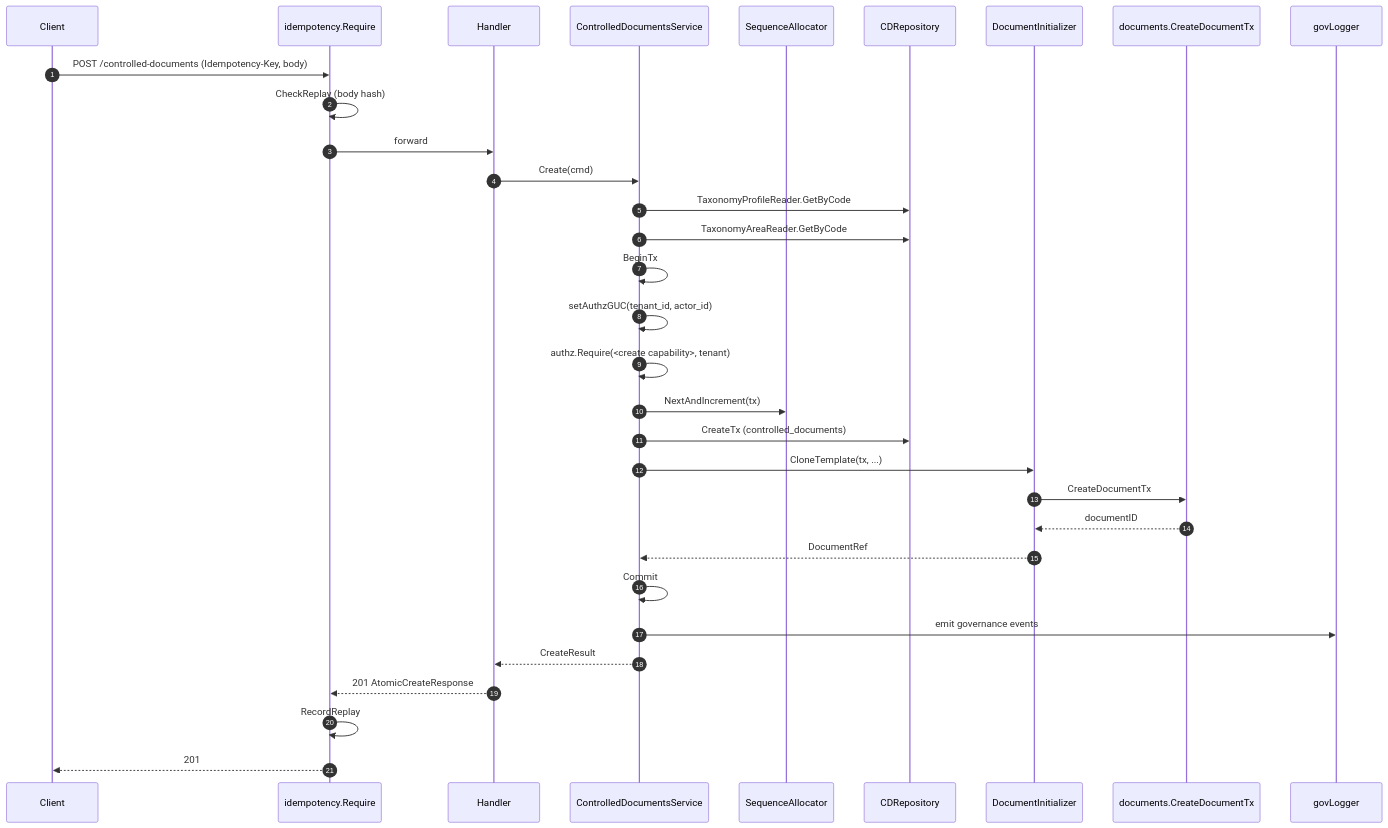
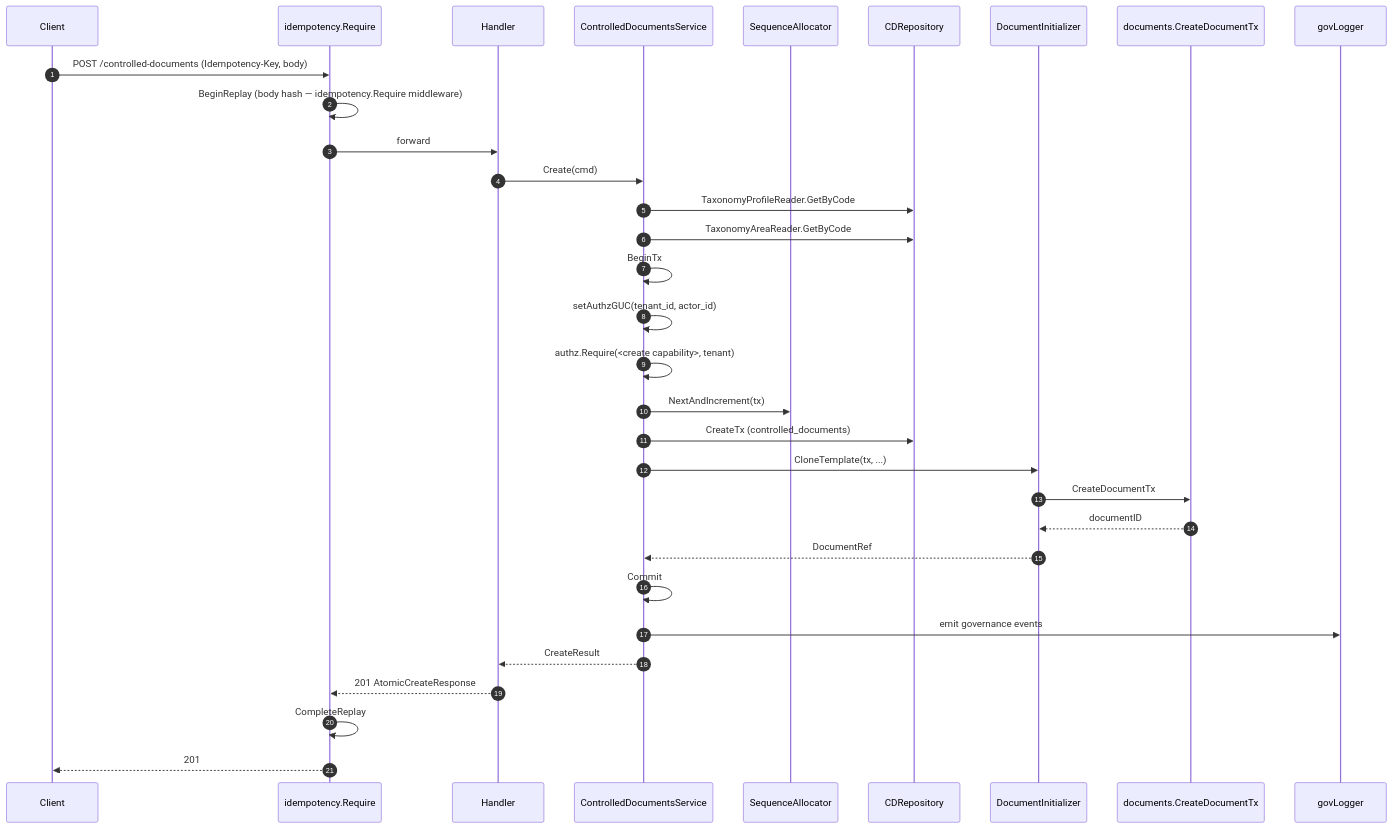
The third of 5 diagrams in wiki/modules/controlled-documents.md (developmentconexus-ops/MetalDocs), drawn with Mermaid before and after one commit. The commit also changed other lines of this file and 24 other files, not shown here.

````diff
--- a/wiki/modules/controlled-documents.md
+++ b/wiki/modules/controlled-documents.md
@@ -206,34 +206,34 @@
 ```mermaid
 sequenceDiagram
     autonumber
     participant C as Client
     participant Idem as idempotency.Require
     participant H as Handler
     participant S as ControlledDocumentsService
     participant Seq as SequenceAllocator
     participant Repo as CDRepository
     participant Init as DocumentInitializer
     participant DocRepo as documents.CreateDocumentTx
     participant Log as govLogger
     C->>Idem: POST /controlled-documents (Idempotency-Key, body)
-    Idem->>Idem: CheckReplay (body hash)
+    Idem->>Idem: BeginReplay (body hash — idempotency.Require middleware)
     Idem->>H: forward
     H->>S: Create(cmd)
     S->>Repo: TaxonomyProfileReader.GetByCode
     S->>Repo: TaxonomyAreaReader.GetByCode
     S->>S: BeginTx
     S->>S: setAuthzGUC(tenant_id, actor_id)
     S->>S: authz.Require(<create capability>, tenant)
     S->>Seq: NextAndIncrement(tx)
     S->>Repo: CreateTx (controlled_documents)
     S->>Init: CloneTemplate(tx, ...)
     Init->>DocRepo: CreateDocumentTx
     DocRepo-->>Init: documentID
     Init-->>S: DocumentRef
     S->>S: Commit
     S->>Log: emit governance events
     S-->>H: CreateResult
     H-->>Idem: 201 AtomicCreateResponse
-    Idem->>Idem: RecordReplay
+    Idem->>Idem: CompleteReplay
     Idem-->>C: 201
 ```
````
